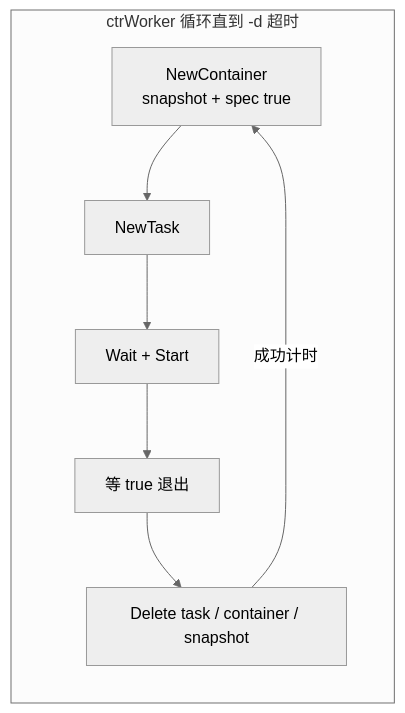
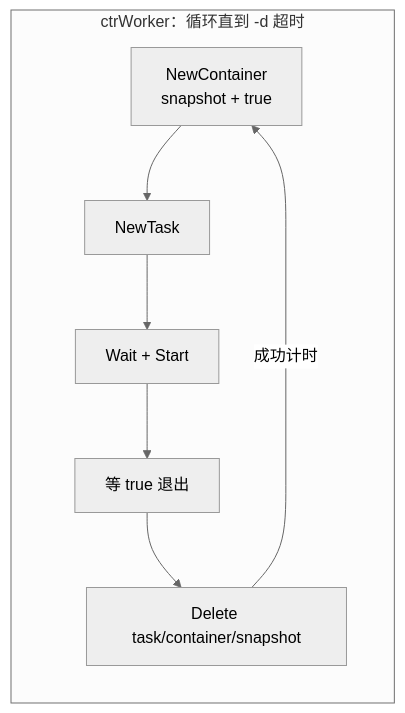
One commit to tremblingHands/test_sandbox changed the second of 4 diagrams in doc/containerd-built-in-stress-tools.md. Above: the diagram before and after it, drawn with Mermaid (neutral theme). The commit also changed other lines of this file, not shown here.

````diff
--- a/doc/containerd-built-in-stress-tools.md
+++ b/doc/containerd-built-in-stress-tools.md
@@ -50,10 +122,10 @@
 ```mermaid
 flowchart LR
-  subgraph worker循环["ctrWorker 循环直到 -d 超时"]
-    P1[NewContainer<br/>snapshot + spec true] --> P2[NewTask]
-    P2 --> P3[Wait + Start]
-    P3 --> P4[等 true 退出]
-    P4 --> P5[Delete task / container / snapshot]
+  subgraph iter["ctrWorker：循环直到 -d 超时"]
+    A[NewContainer<br/>snapshot + true] --> B[NewTask]
+    B --> C[Wait + Start]
+    C --> D[等 true 退出]
+    D --> E[Delete task/container/snapshot]
   end
-  P5 -->|成功计时| P1
+  E -->|成功计时| A
 ```
````
